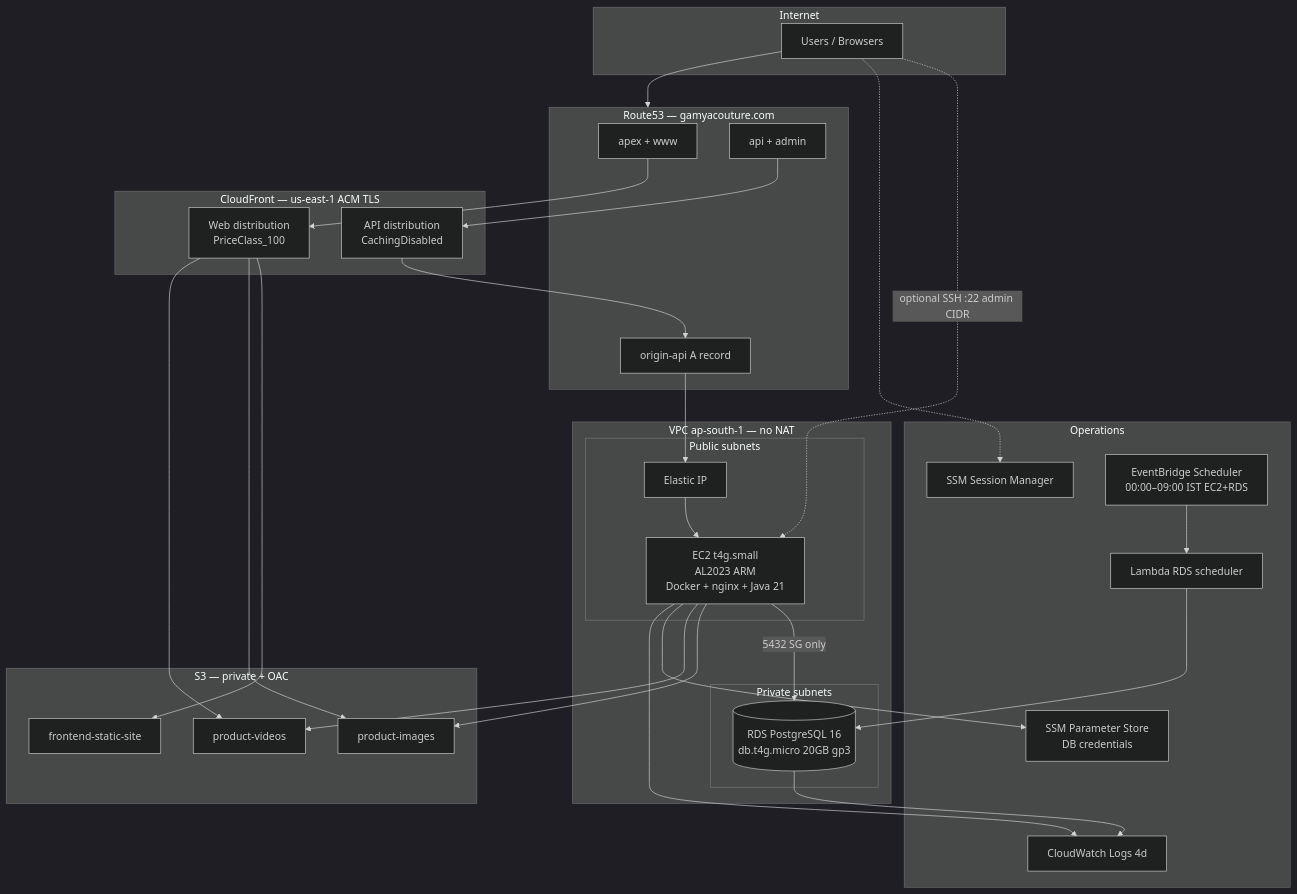
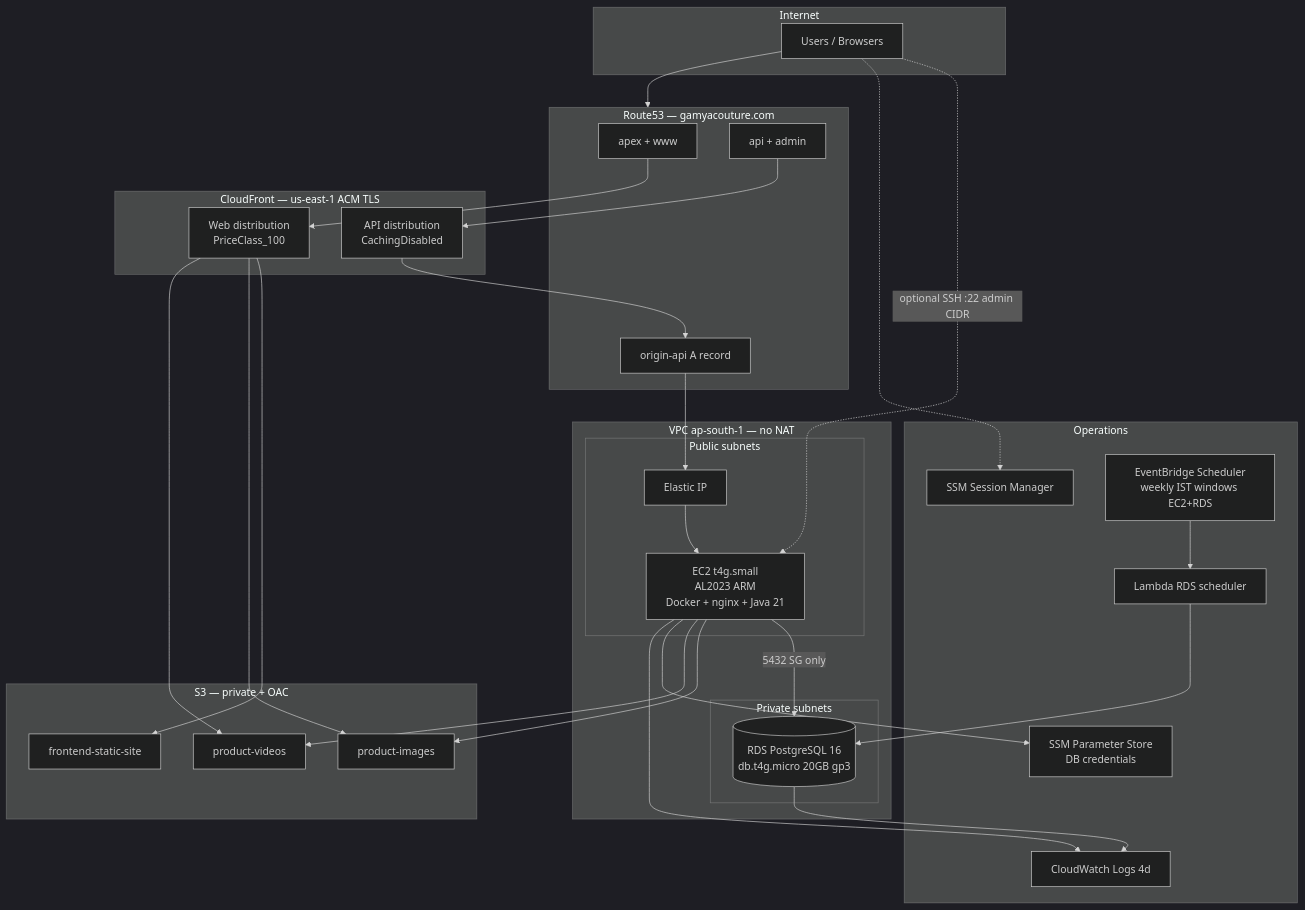
The first of 2 diagrams in docs/INFRASTRUCTURE_REVIEW.md (gvsharma/gamya-couture-infra), drawn with Mermaid (dark theme) before and after one commit. The commit also changed 19 other files, not shown here.

First line of the commit message:
Update EC2/RDS cost scheduler to weekly IST windows.

````diff
--- a/docs/INFRASTRUCTURE_REVIEW.md
+++ b/docs/INFRASTRUCTURE_REVIEW.md
@@ -21,60 +21,60 @@
 ```mermaid
 flowchart TB
   subgraph Internet
     Users[Users / Browsers]
   end
 
   subgraph DNS["Route53 — gamyacouture.com"]
     Apex[apex + www]
     API[api + admin]
     OriginAPI[origin-api A record]
   end
 
   subgraph Edge["CloudFront — us-east-1 ACM TLS"]
     CFWeb[Web distribution<br/>PriceClass_100]
     CFApi[API distribution<br/>CachingDisabled]
   end
 
   subgraph Storage["S3 — private + OAC"]
     S3Web[frontend-static-site]
     S3Img[product-images]
     S3Vid[product-videos]
   end
 
   subgraph VPC["VPC ap-south-1 — no NAT"]
     subgraph Public["Public subnets"]
       EC2[EC2 t4g.small<br/>AL2023 ARM<br/>Docker + nginx + Java 21]
       EIP[Elastic IP]
     end
     subgraph Private["Private subnets"]
       RDS[(RDS PostgreSQL 16<br/>db.t4g.micro 20GB gp3)]
     end
   end
 
   subgraph Ops["Operations"]
     SSM[SSM Session Manager]
     SSMParam[SSM Parameter Store<br/>DB credentials]
-    Sched[EventBridge Scheduler<br/>00:00–09:00 IST EC2+RDS]
+    Sched[EventBridge Scheduler<br/>weekly IST windows EC2+RDS]
     Lambda[Lambda RDS scheduler]
     CW[CloudWatch Logs 4d]
   end
 
   Users --> DNS
   Apex --> CFWeb
   API --> CFApi
   CFWeb --> S3Web
   CFWeb --> S3Img
   CFWeb --> S3Vid
   CFApi --> OriginAPI
   OriginAPI --> EIP
   EIP --> EC2
   EC2 -->|5432 SG only| RDS
   EC2 --> S3Img
   EC2 --> S3Vid
   EC2 --> SSMParam
   Sched --> Lambda --> RDS
   EC2 --> CW
   RDS --> CW
   Users -.->|optional SSH :22 admin CIDR| EC2
   Users -.-> SSM
 ```
````
